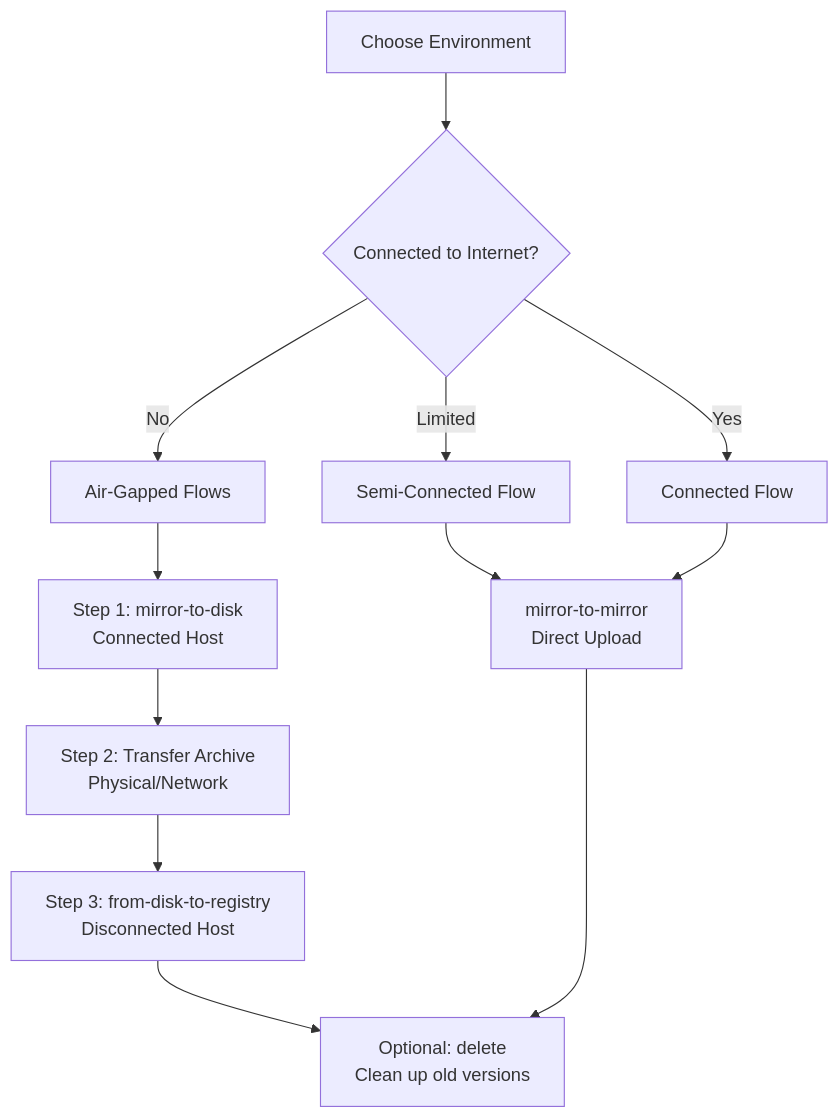
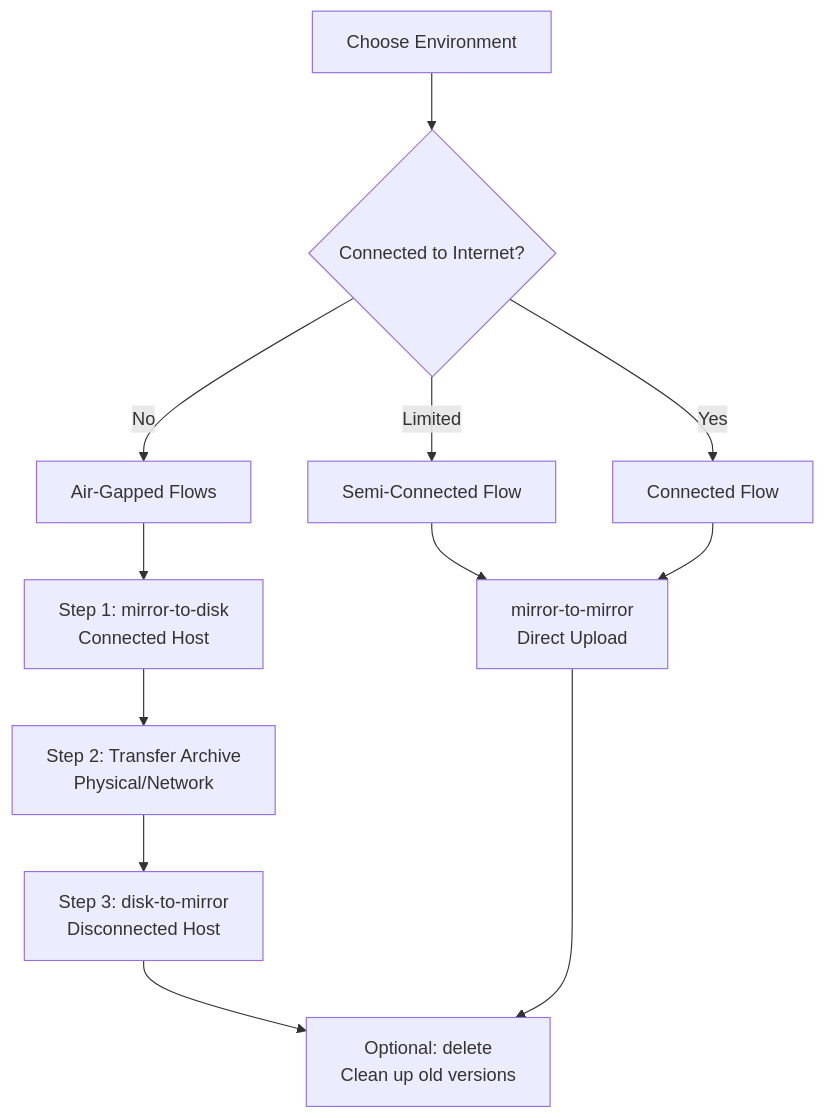
The diagram in docs/hackathon-quickstart.md (RedHatGov/oc-mirror-hackathon), drawn with Mermaid before and after one commit. The commit also changed other lines of this file and 11 other files, not shown here.

````diff
--- a/docs/hackathon-quickstart.md
+++ b/docs/hackathon-quickstart.md
@@ -136,17 +136,17 @@
 ```mermaid
 flowchart TD
     A[Choose Environment] --> B{Connected to Internet?}
     B -->|No| C[Air-Gapped Flows]
     B -->|Limited| D[Semi-Connected Flow] 
     B -->|Yes| E[Connected Flow]
     
     C --> F[Step 1: mirror-to-disk<br/>Connected Host]
     F --> G[Step 2: Transfer Archive<br/>Physical/Network]
-    G --> H[Step 3: from-disk-to-registry<br/>Disconnected Host]
+    G --> H[Step 3: disk-to-mirror<br/>Disconnected Host]
     
     D --> I[mirror-to-mirror<br/>Direct Upload]
     E --> I
     
     H --> J[Optional: delete<br/>Clean up old versions]
     I --> J
 ```
````
